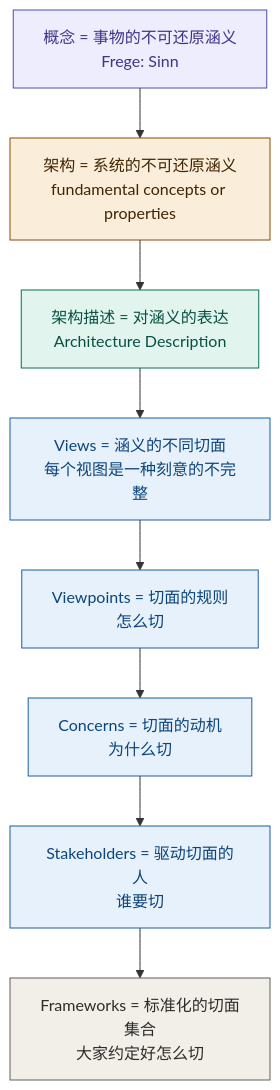
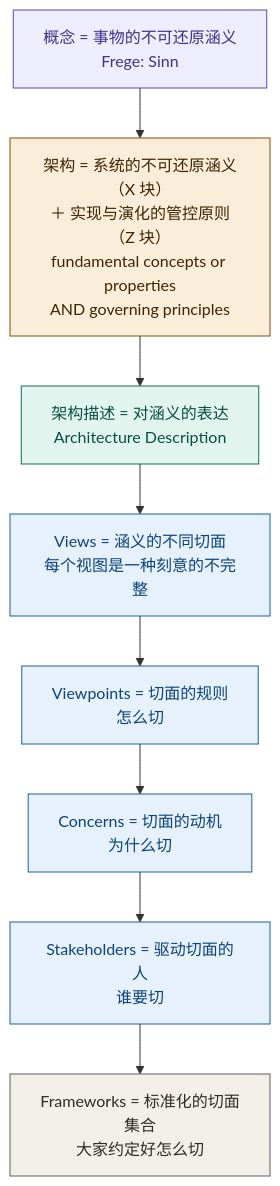
Before and after one commit to Yongjunzhou/AOS-system-design: diagram 24 of 24 in 100-subprojects/01-系统工程研究/00-系统工程相关研究报告/07-架构概念研究报告-从概念设计到架构.md, drawn with Mermaid. The commit also changed other lines of this file and 45 other files, not shown here.

````diff
--- a/100-subprojects/01-系统工程研究/00-系统工程相关研究报告/07-架构概念研究报告-从概念设计到架构.md
+++ b/100-subprojects/01-系统工程研究/00-系统工程相关研究报告/07-架构概念研究报告-从概念设计到架构.md
@@ -1084,19 +1086,19 @@
 ```mermaid
 flowchart TB
     C["概念 = 事物的不可还原涵义<br/>Frege: Sinn"]
-    C --> A["架构 = 系统的不可还原涵义<br/>fundamental concepts or properties"]
+    C --> A["架构 = 系统的不可还原涵义（X 块）<br/>＋ 实现与演化的管控原则（Z 块）<br/>fundamental concepts or properties<br/>AND governing principles"]
     A --> AD["架构描述 = 对涵义的表达<br/>Architecture Description"]
     AD --> V["Views = 涵义的不同切面<br/>每个视图是一种刻意的不完整"]
     V --> VP["Viewpoints = 切面的规则<br/>怎么切"]
     VP --> CO["Concerns = 切面的动机<br/>为什么切"]
     CO --> ST["Stakeholders = 驱动切面的人<br/>谁要切"]
     ST --> F["Frameworks = 标准化的切面集合<br/>大家约定好怎么切"]
     style C fill:#EEEDFE,stroke:#534AB7,color:#3C3489
     style A fill:#FAEEDA,stroke:#854F0B,color:#412402
     style AD fill:#E1F5EE,stroke:#0F6E56,color:#085041
     style V fill:#E6F1FB,stroke:#185FA5,color:#0C447C
     style VP fill:#E6F1FB,stroke:#185FA5,color:#0C447C
     style CO fill:#E6F1FB,stroke:#185FA5,color:#0C447C
     style ST fill:#E6F1FB,stroke:#185FA5,color:#0C447C
     style F fill:#F1EFE8,stroke:#5F5E5A,color:#2C2C2A
 ```
````
